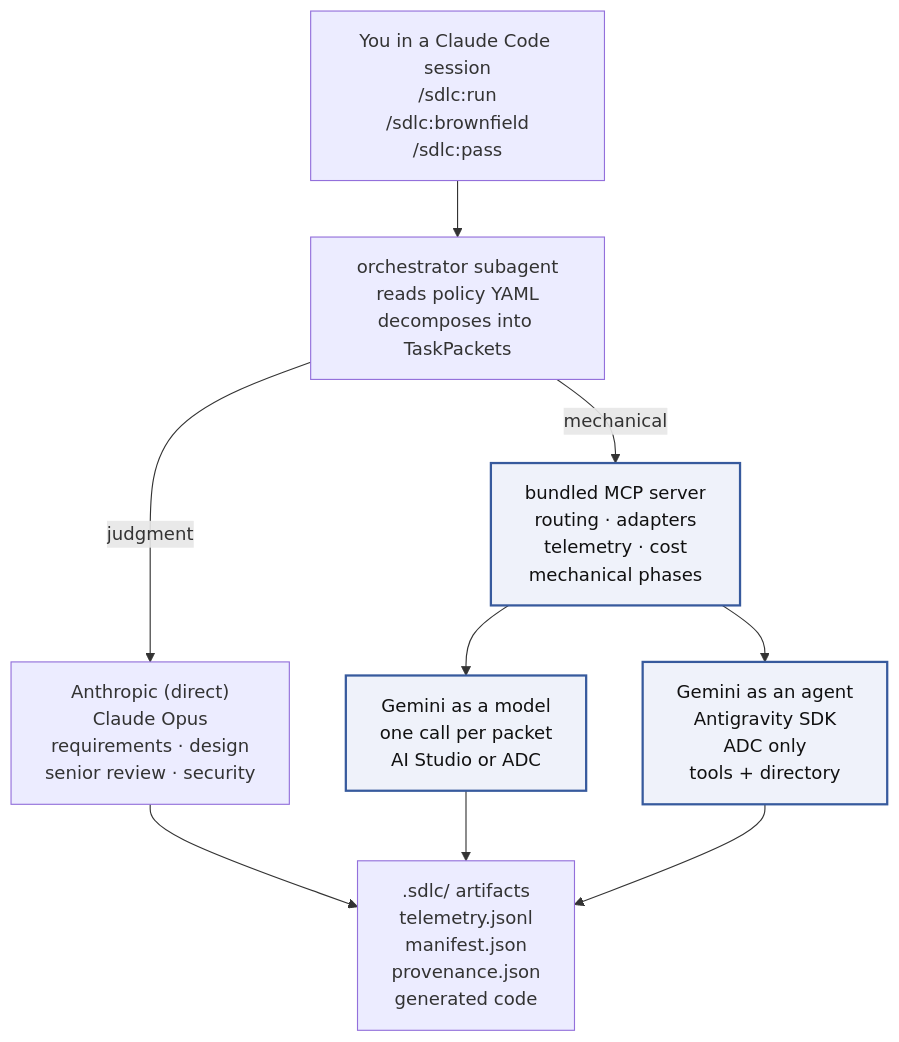
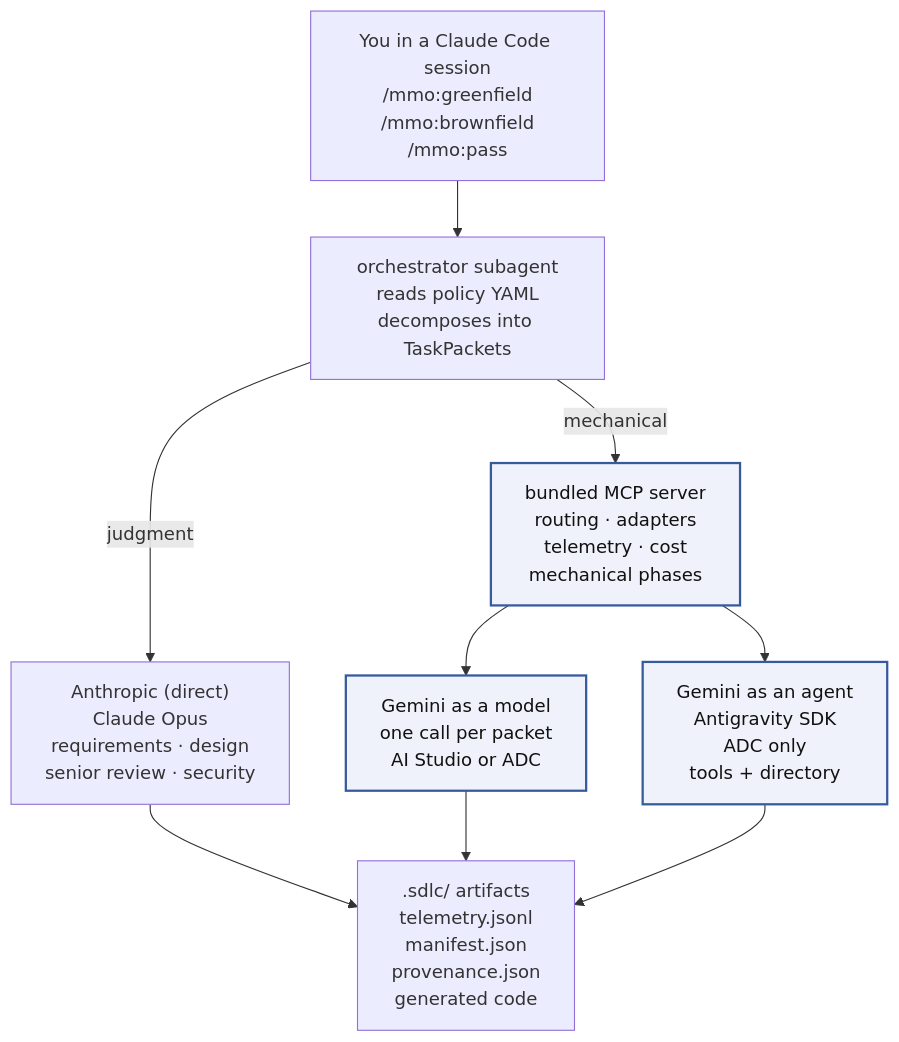
One commit to tl-ai-labs/ai-sdlc-orchestrator-claude-code-harness changed the first of 3 diagrams in README.md. Above: the diagram before and after it, drawn with Mermaid. The commit also changed other lines of this file and 107 other files, not shown here.

First line of the commit message:
rename!: sdlc → mmo across commands, MCP server, and env vars

````diff
--- a/README.md
+++ b/README.md
@@ -21,22 +21,22 @@
 ```mermaid
 flowchart TD
-    User["You in a Claude Code session<br/>/sdlc:run<br/>/sdlc:brownfield<br/>/sdlc:pass"]
+    User["You in a Claude Code session<br/>/mmo:greenfield<br/>/mmo:brownfield<br/>/mmo:pass"]
     Orch["orchestrator subagent<br/>reads policy YAML<br/>decomposes into TaskPackets"]
     Anthropic["Anthropic (direct)<br/>Claude Opus<br/>requirements · design<br/>senior review · security"]
     MCP["bundled MCP server<br/>routing · adapters<br/>telemetry · cost<br/>mechanical phases"]
     GemModel["Gemini as a model<br/>one call per packet<br/>AI Studio or ADC"]
     GemAgent["Gemini as an agent<br/>Antigravity SDK<br/>ADC only<br/>tools + directory"]
     Out[".sdlc/ artifacts<br/>telemetry.jsonl<br/>manifest.json<br/>provenance.json<br/>generated code"]
 
     User --> Orch
     Orch -->|judgment| Anthropic
     Orch -->|mechanical| MCP
     MCP --> GemModel
     MCP --> GemAgent
     Anthropic --> Out
     GemModel --> Out
     GemAgent --> Out
 
     classDef hero fill:#EFF2FA,stroke:#375A9D,stroke-width:2px,color:#111
     class MCP,GemModel,GemAgent hero
 ```
````
